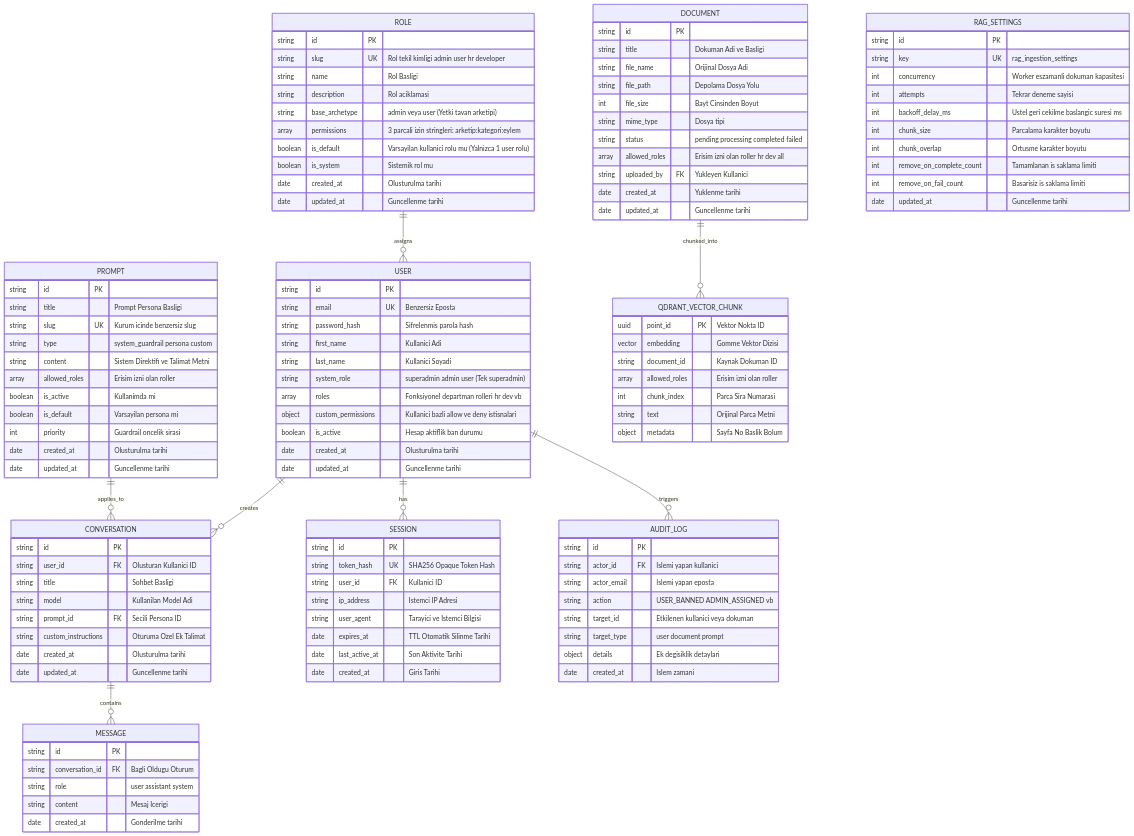
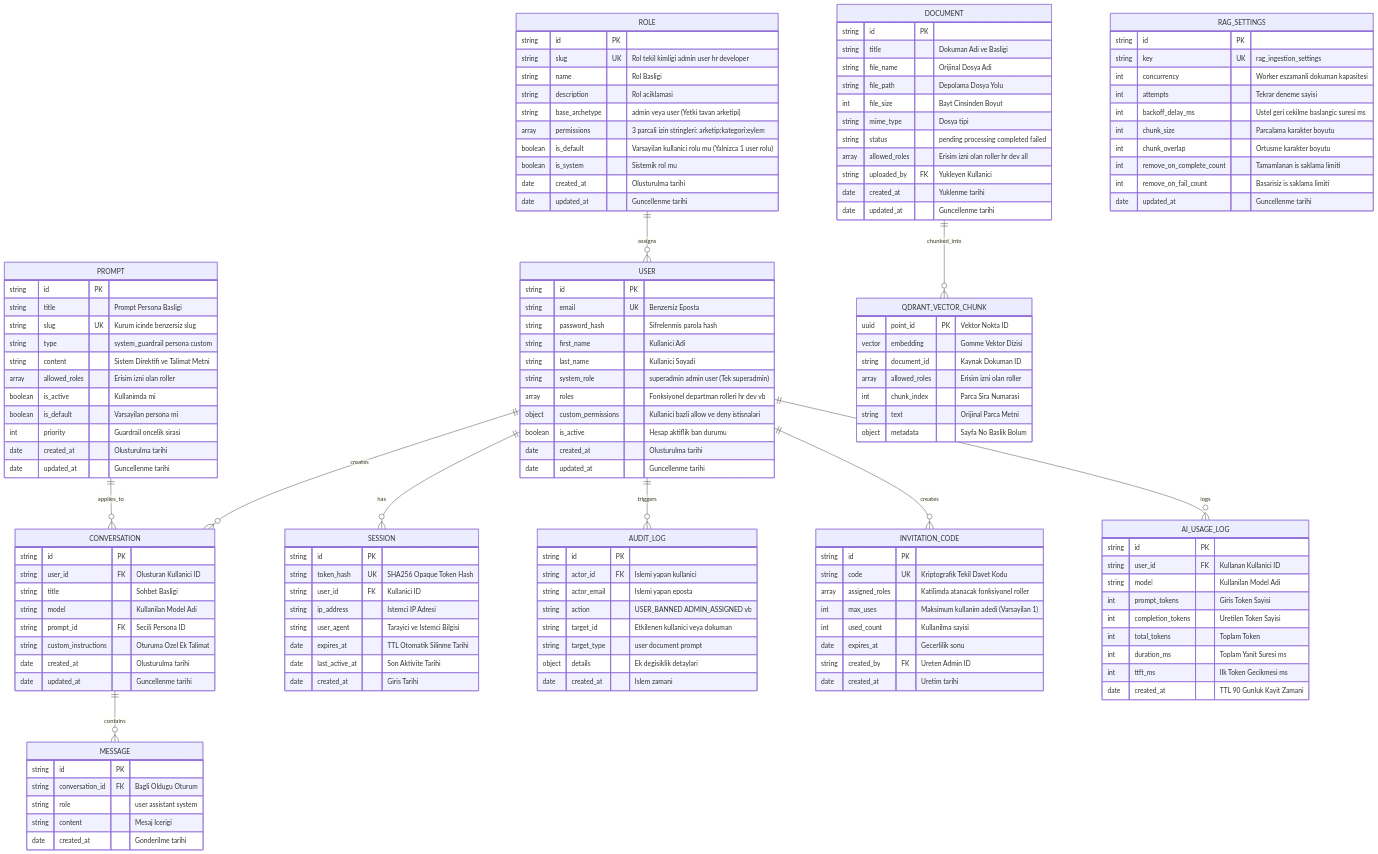
Before and after one commit to aemreceylan/localAIApp: the first of 5 diagrams in documents/common/data_and_business_workflows.md, drawn with Mermaid. The commit also changed 72 other files, not shown here.

```diff
--- a/documents/common/data_and_business_workflows.md
+++ b/documents/common/data_and_business_workflows.md
@@ -34,6 +34,8 @@
     USER ||--o{ CONVERSATION : creates
     USER ||--o{ SESSION : has
     USER ||--o{ AUDIT_LOG : triggers
+    USER ||--o{ INVITATION_CODE : creates
+    USER ||--o{ AI_USAGE_LOG : logs
     CONVERSATION ||--o{ MESSAGE : contains
     PROMPT ||--o{ CONVERSATION : applies_to
     DOCUMENT ||--o{ QDRANT_VECTOR_CHUNK : chunked_into
@@ -134,6 +136,29 @@
         date updated_at "Guncellenme tarihi"
     }
 
+    INVITATION_CODE {
+        string id PK
+        string code UK "Kriptografik Tekil Davet Kodu"
+        array assigned_roles "Katilimda atanacak fonksiyonel roller"
+        int max_uses "Maksimum kullanim adedi (Varsayilan 1)"
+        int used_count "Kullanilma sayisi"
+        date expires_at "Gecerlilik sonu"
+        string created_by FK "Ureten Admin ID"
+        date created_at "Uretim tarihi"
+    }
+
+    AI_USAGE_LOG {
+        string id PK
+        string user_id FK "Kullanan Kullanici ID"
+        string model "Kullanilan Model Adi"
+        int prompt_tokens "Giris Token Sayisi"
+        int completion_tokens "Uretilen Token Sayisi"
+        int total_tokens "Toplam Token"
+        int duration_ms "Toplam Yanit Suresi ms"
+        int ttft_ms "Ilk Token Gecikmesi ms"
+        date created_at "TTL 90 Gunluk Kayit Zamani"
+    }
+
     QDRANT_VECTOR_CHUNK {
         uuid point_id PK "Vektor Nokta ID"
         vector embedding "Gomme Vektor Dizisi"
```
